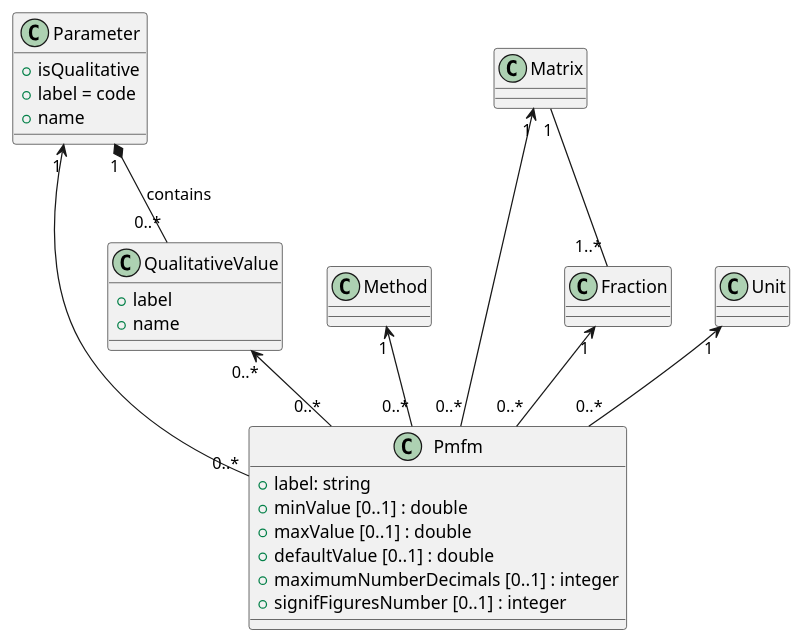
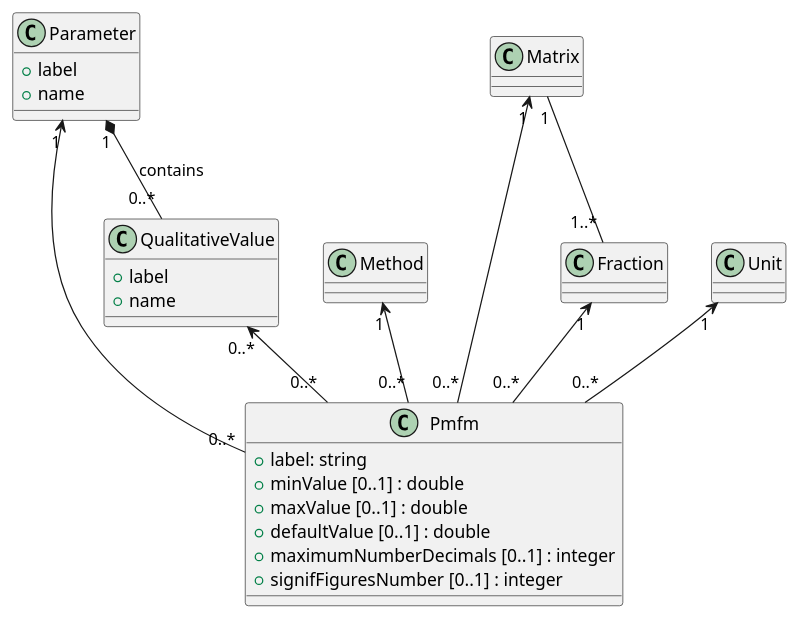
Before and after one commit to sumaris-net/sumaris-doc: the diagram in model/referential/pmfm.puml, drawn with PlantUML.

Commit message:
[fix] pmfm.puml

```diff
--- a/model/referential/pmfm.puml
+++ b/model/referential/pmfm.puml
@@ -1,33 +1,32 @@
 @startuml
 
 class Pmfm {
   +label: string
   +minValue [0..1] : double
   +maxValue [0..1] : double
   +defaultValue [0..1] : double
   +maximumNumberDecimals [0..1] : integer
   +signifFiguresNumber [0..1] : integer
 }
 
 class Parameter {
-  +isQualitative
-  +label = code
+  +label
   +name
 }
 
 class QualitativeValue {
   +label
   +name
 }
 
 Method "1" <-down- "0..*" Pmfm
 Matrix "1" <-down- "0..*" Pmfm
 Fraction "1" <-down- "0..*" Pmfm
 QualitativeValue "0..*" <-down- "0..*" Pmfm
 Unit "1" <-down- "0..*" Pmfm
 Parameter "1" <-down- "0..*" Pmfm
 
 Matrix "1" -- "1..*" Fraction
 Parameter "1" *-- "0..*" QualitativeValue : contains
 
 @enduml
```
